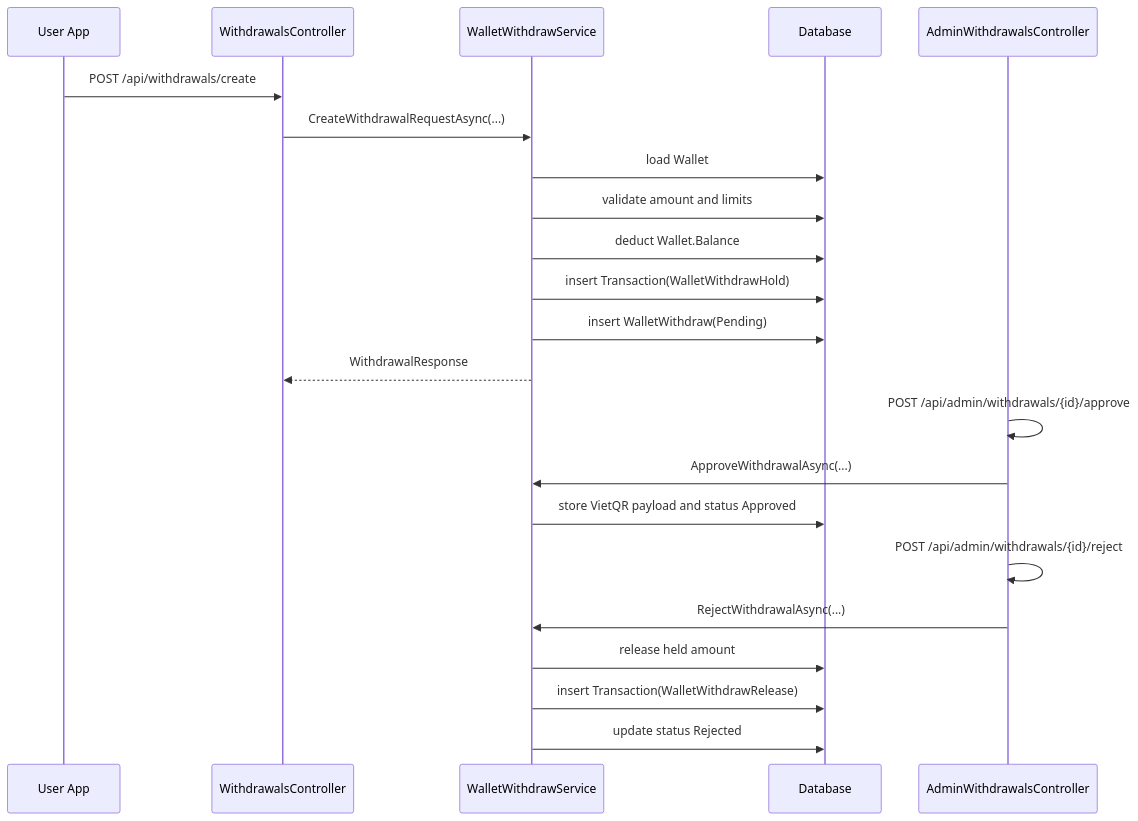
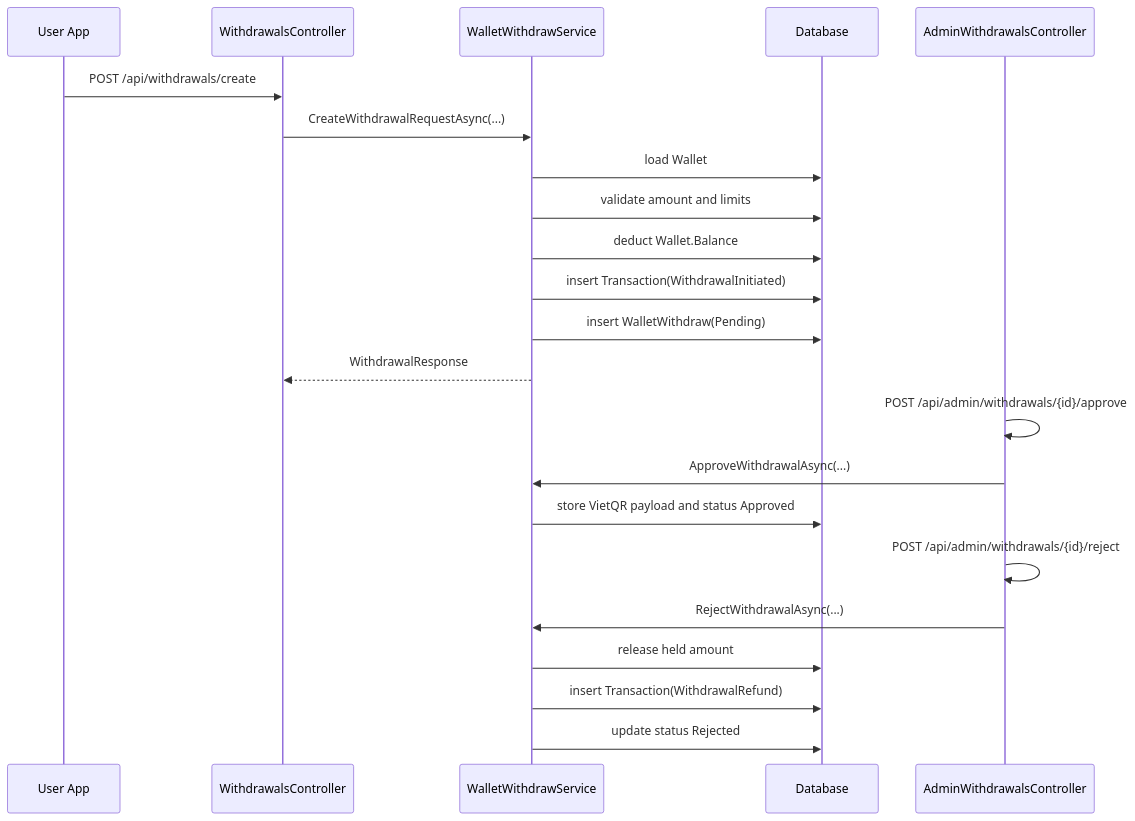
Before and after one commit to Snake-AID/SnakeAid.Docs: the third of 3 diagrams in Docs/05-Backend/02-layers/wallet-withdrawal-processing/wallet-withdrawal-processing.sourcecode.md, drawn with Mermaid. The commit also changed other lines of this file and 4 other files, not shown here.

Commit message:
docs(wallet-withdrawal-processing): update transaction types and clarify wallet balance handling in documentation

````diff
--- a/Docs/05-Backend/02-layers/wallet-withdrawal-processing/wallet-withdrawal-processing.sourcecode.md
+++ b/Docs/05-Backend/02-layers/wallet-withdrawal-processing/wallet-withdrawal-processing.sourcecode.md
@@ -177,27 +174,27 @@
 ```mermaid
 sequenceDiagram
     participant User as User App
     participant API as WithdrawalsController
     participant Service as WalletWithdrawService
     participant DB as Database
     participant Admin as AdminWithdrawalsController
 
     User->>API: POST /api/withdrawals/create
     API->>Service: CreateWithdrawalRequestAsync(...)
     Service->>DB: load Wallet
     Service->>DB: validate amount and limits
     Service->>DB: deduct Wallet.Balance
-    Service->>DB: insert Transaction(WalletWithdrawHold)
+    Service->>DB: insert Transaction(WithdrawalInitiated)
     Service->>DB: insert WalletWithdraw(Pending)
     Service-->>API: WithdrawalResponse
 
     Admin->>Admin: POST /api/admin/withdrawals/{id}/approve
     Admin->>Service: ApproveWithdrawalAsync(...)
     Service->>DB: store VietQR payload and status Approved
 
     Admin->>Admin: POST /api/admin/withdrawals/{id}/reject
     Admin->>Service: RejectWithdrawalAsync(...)
     Service->>DB: release held amount
-    Service->>DB: insert Transaction(WalletWithdrawRelease)
+    Service->>DB: insert Transaction(WithdrawalRefund)
     Service->>DB: update status Rejected
 ```
````
